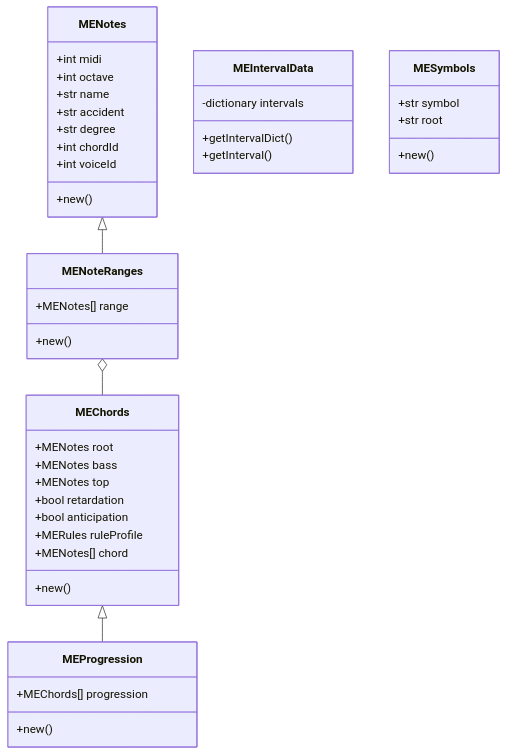
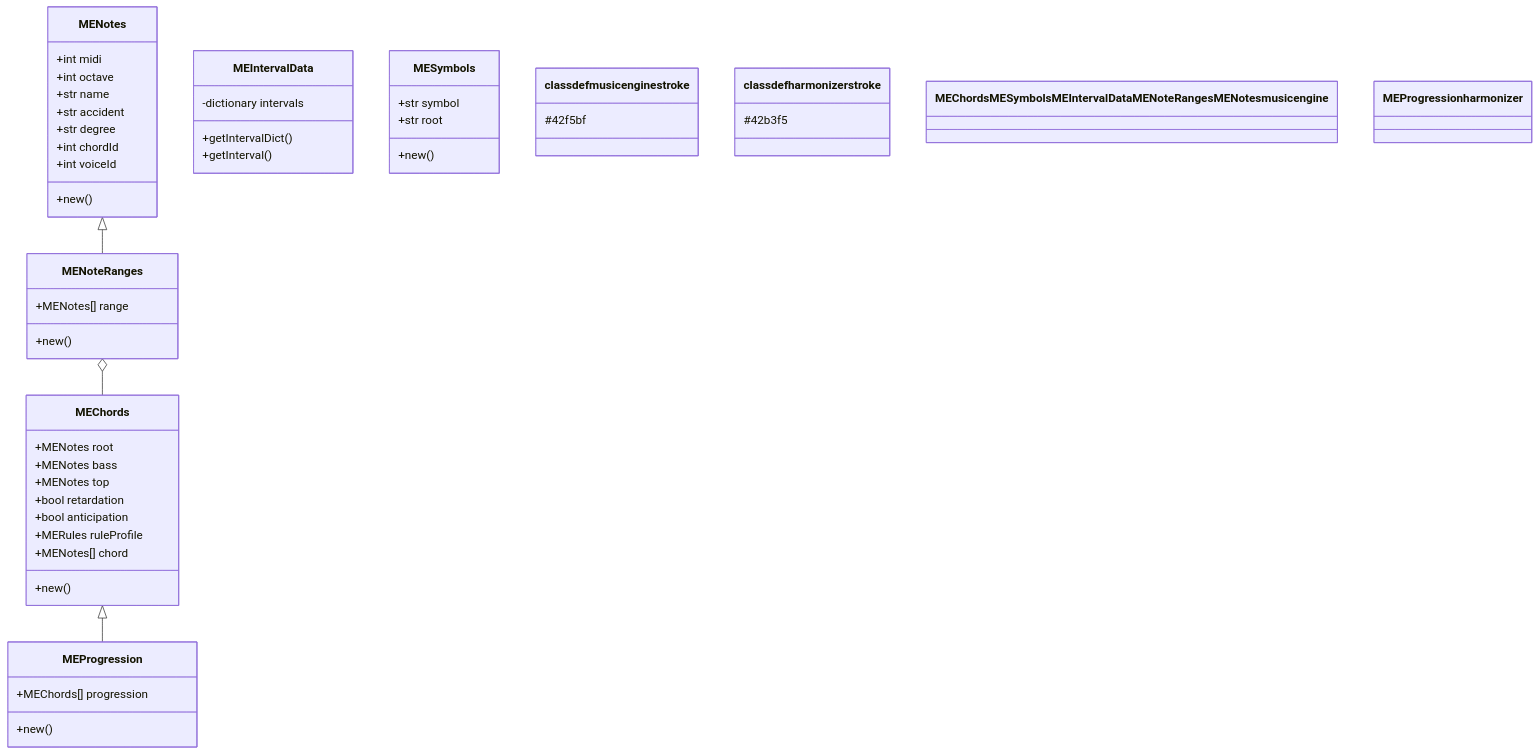
One commit to iamsiriil/sc_musicengine changed the diagram in README.md. Above: the diagram before and after it, drawn with Mermaid. The commit also changed other lines of this file and 2 other files, not shown here.

````diff
--- a/README.md
+++ b/README.md
@@ -1,49 +11,54 @@
 ```mermaid
 classDiagram
     MENotes <|-- MENoteRanges
     MENoteRanges o-- MEChords
     MEChords <|-- MEProgression
     class MENotes {
         +int midi
         +int octave
         +str name
         +str accident
         +str degree
         +int chordId
         +int voiceId
         +new()
     }
 
     class MENoteRanges {
         +MENotes[] range
         +new()
     }
 
     class MEIntervalData {
         -dictionary intervals
         +getIntervalDict()
         +getInterval()
     }
 
     class MESymbols {
         +str symbol
         +str root
         +new()
     }
 
     class MEChords {
         +MENotes root
         +MENotes bass
         +MENotes top
         +bool retardation
         +bool anticipation
         +MERules ruleProfile
         +MENotes[] chord
         +new()
     }
 
     class MEProgression {
         +MEChords[] progression
         +new()
     }
+
+    classdef musicengine stroke:#42f5bf
+    classdef harmonizer stroke:#42b3f5
+    class MEChords MESymbols MEIntervalData MENoteRanges MENotes musicengine
+    class MEProgression harmonizer
 ```
````
